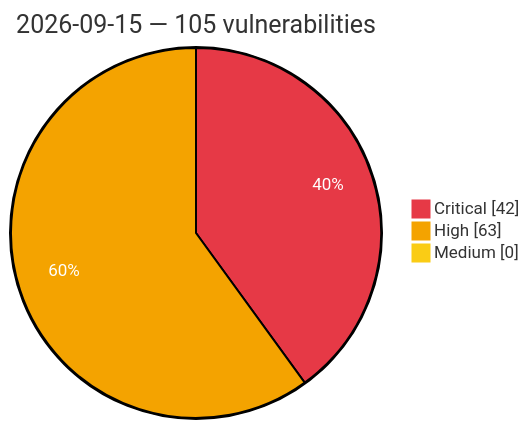
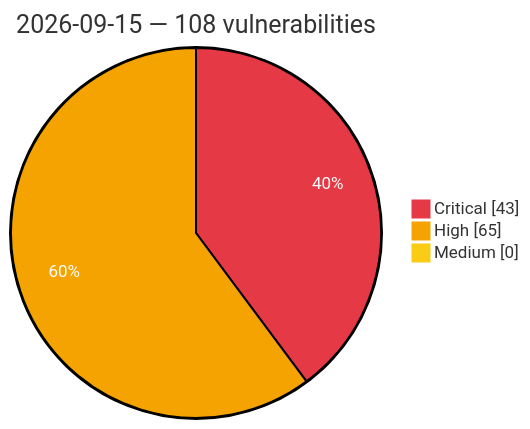
The diagram in vulnerabilities/2026/September/2026-09-15.md (GhostX0X/vuln-tracker), drawn with Mermaid before and after one commit. The commit also changed other lines of this file and 8 other files, not shown here.

Commit message:
Auto update: critical/high vulns (2026-09-16 01:24 UTC)

````diff
--- a/vulnerabilities/2026/September/2026-09-15.md
+++ b/vulnerabilities/2026/September/2026-09-15.md
@@ -3,8 +3,8 @@
 ```mermaid
 %%{init: {'theme':'base', 'themeVariables': {'pie1':'#e63946', 'pie2':'#f4a300', 'pie3':'#facc15', 'pieOpacity':'1', 'pieOuterStrokeWidth':'2px', 'pieSectionTextColor':'#ffffff'}}}%%
 pie showData
-    title 2026-09-15 — 105 vulnerabilities
-    "Critical" : 42
-    "High" : 63
+    title 2026-09-15 — 108 vulnerabilities
+    "Critical" : 43
+    "High" : 65
     "Medium" : 0
 ```
````
